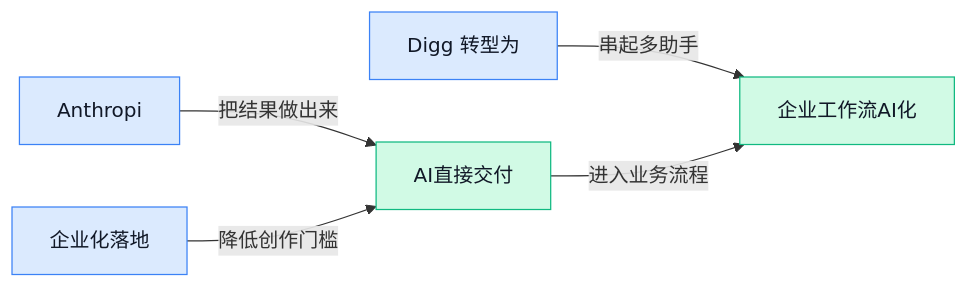
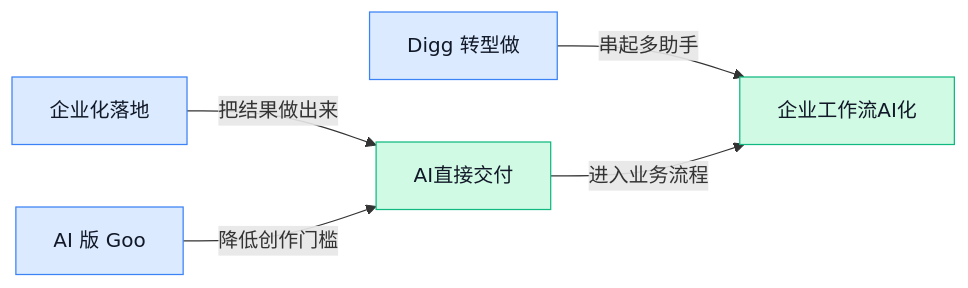
Before and after one commit to zhuxinfei/ai-daily-site: the diagram in content/cn/2026/2026-05/2026-05-12.md, drawn with Mermaid. The commit also changed other lines of this file and 2 other files, not shown here.

````diff
--- a/content/cn/2026/2026-05/2026-05-12.md
+++ b/content/cn/2026/2026-05/2026-05-12.md
@@ -114,11 +131,11 @@
 ```mermaid
 graph LR
-A[Anthropi] -->|把结果做出来| D[AI直接交付]
-B[企业化落地] -->|降低创作门槛| D
-C[Digg 转型为] -->|串起多助手| E[企业工作流AI化]
+A[企业化落地] -->|把结果做出来| D[AI直接交付]
+B[AI 版 Goo] -->|降低创作门槛| D
+C[Digg 转型做] -->|串起多助手| E[企业工作流AI化]
  D -->|进入业务流程| E
 classDef blue fill:#dbeafe,stroke:#3b82f6,color:#111827
 classDef green fill:#d1fae5,stroke:#10b981,color:#111827
 class A,B,C blue
 class D,E green
 ```
````
